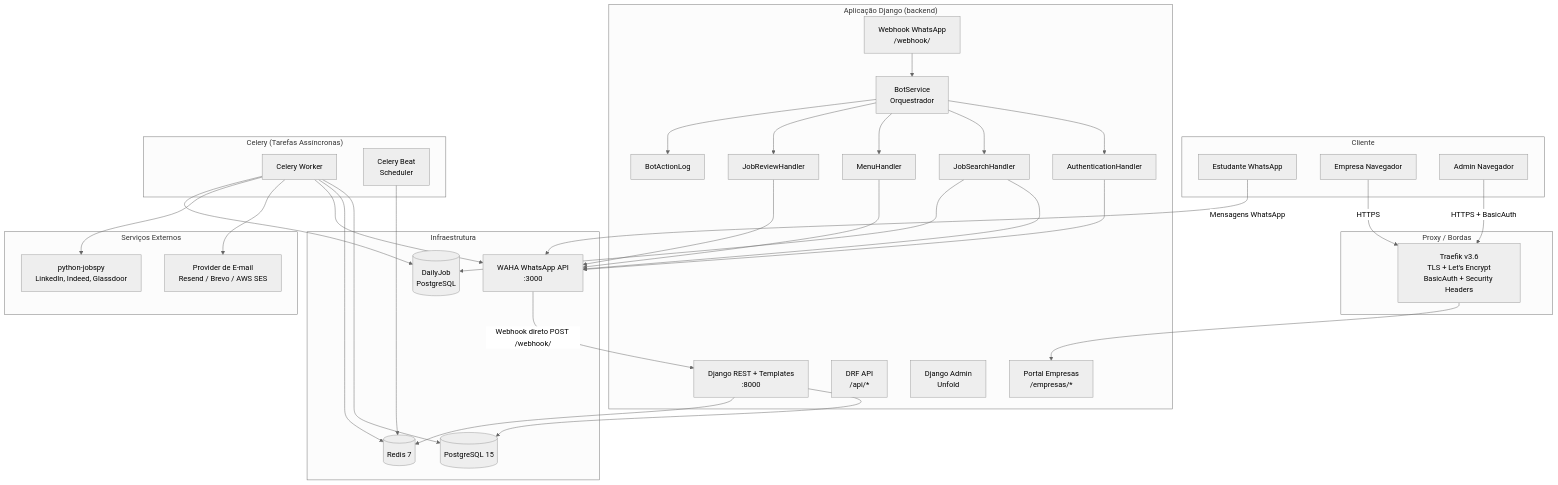
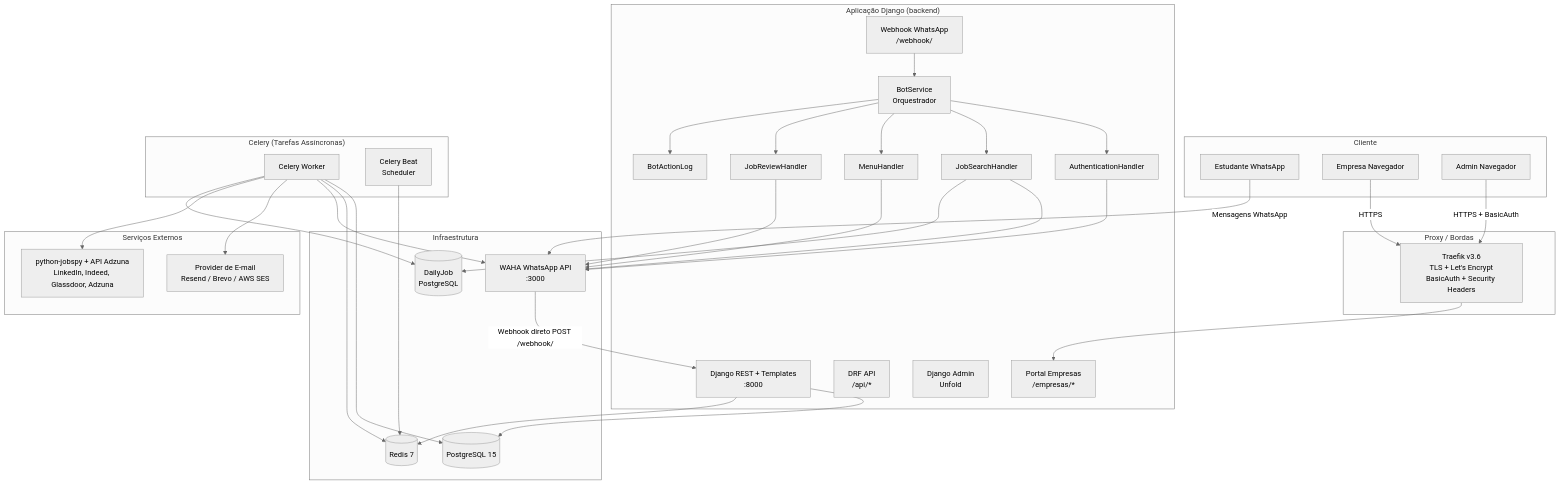
The diagram in docs/architecture/OVERVIEW.md (ErickBonruque/iterbot), drawn with Mermaid (neutral theme) before and after one commit. The commit also changed other lines of this file and 6 other files, not shown here.

````diff
--- a/docs/architecture/OVERVIEW.md
+++ b/docs/architecture/OVERVIEW.md
@@ -11,72 +11,72 @@
 ```mermaid
 graph TB
     subgraph "Cliente"
         STUDENT[Estudante WhatsApp]
         COMPANY[Empresa Navegador]
         ADMIN[Admin Navegador]
     end
 
     subgraph "Proxy / Bordas"
         TRAEFIK[Traefik v3.6<br/>TLS + Let's Encrypt<br/>BasicAuth + Security Headers]
     end
 
     subgraph "Aplicação Django (backend)"
         WEB[Django REST + Templates<br/>:8000]
         API[DRF API<br/>/api/*]
         ADMIN_DJANGO[Django Admin<br/>Unfold]
         WEBHOOK[Webhook WhatsApp<br/>/webhook/]
         BOT_SVC[BotService<br/>Orquestrador]
         AUTH_HNDLR[AuthenticationHandler]
         JOB_HNDLR[JobSearchHandler]
         MENU_HNDLR[MenuHandler]
         REVIEW_HNDLR[JobReviewHandler]
         BOT_LOG[BotActionLog]
         COMPANY_PORTAL[Portal Empresas<br/>/empresas/*]
     end
 
     subgraph "Celery (Tarefas Assíncronas)"
         WORKER[Celery Worker]
         BEAT[Celery Beat<br/>Scheduler]
     end
 
     subgraph "Infraestrutura"
         WAHA[WAHA WhatsApp API<br/>:3000]
         DB[(PostgreSQL 15)]
         DAILY_JOB[(DailyJob<br/>PostgreSQL)]
         REDIS[(Redis 7)]
     end
 
     subgraph "Serviços Externos"
-        JOBSAPI[python-jobspy<br/>LinkedIn, Indeed, Glassdoor]
+        JOBSAPI[python-jobspy + API Adzuna<br/>LinkedIn, Indeed, Glassdoor, Adzuna]
         EMAIL[Provider de E-mail<br/>Resend / Brevo / AWS SES]
     end
 
     STUDENT -->|Mensagens WhatsApp| WAHA
     WAHA -->|Webhook direto POST /webhook/| WEB
     COMPANY -->|HTTPS| TRAEFIK
     TRAEFIK --> COMPANY_PORTAL
     ADMIN -->|HTTPS + BasicAuth| TRAEFIK
 
     WEBHOOK --> BOT_SVC
     BOT_SVC --> AUTH_HNDLR
     BOT_SVC --> JOB_HNDLR
     BOT_SVC --> MENU_HNDLR
     BOT_SVC --> REVIEW_HNDLR
     BOT_SVC --> BOT_LOG
 
     AUTH_HNDLR --> WAHA
     JOB_HNDLR --> WAHA
     JOB_HNDLR --> DAILY_JOB
     MENU_HNDLR --> WAHA
     REVIEW_HNDLR --> WAHA
 
     WEB --> DB
     WEB --> REDIS
     WORKER --> DB
     WORKER --> REDIS
     BEAT --> REDIS
     WORKER --> WAHA
     WORKER --> EMAIL
     WORKER --> JOBSAPI
     WORKER --> DAILY_JOB
 ```
````
